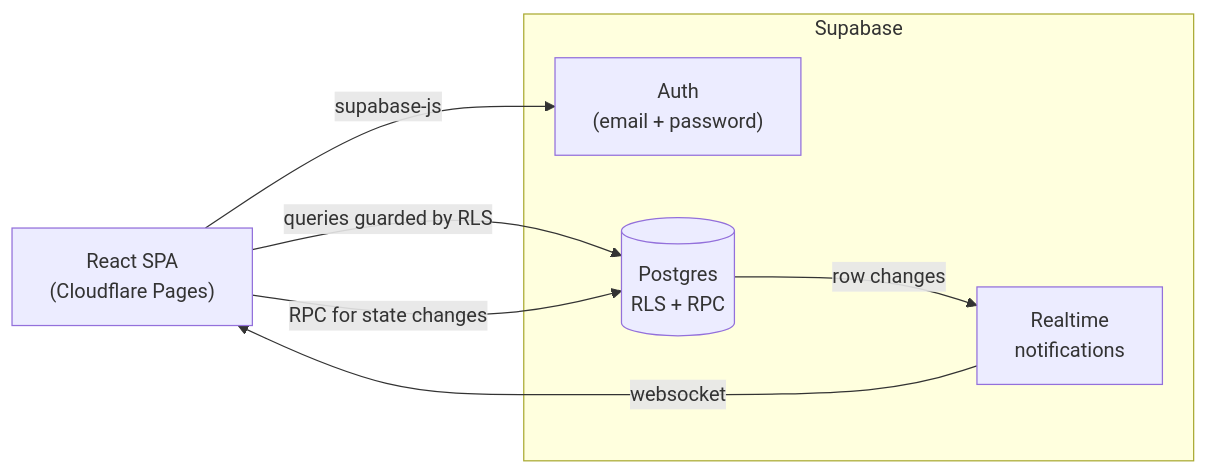
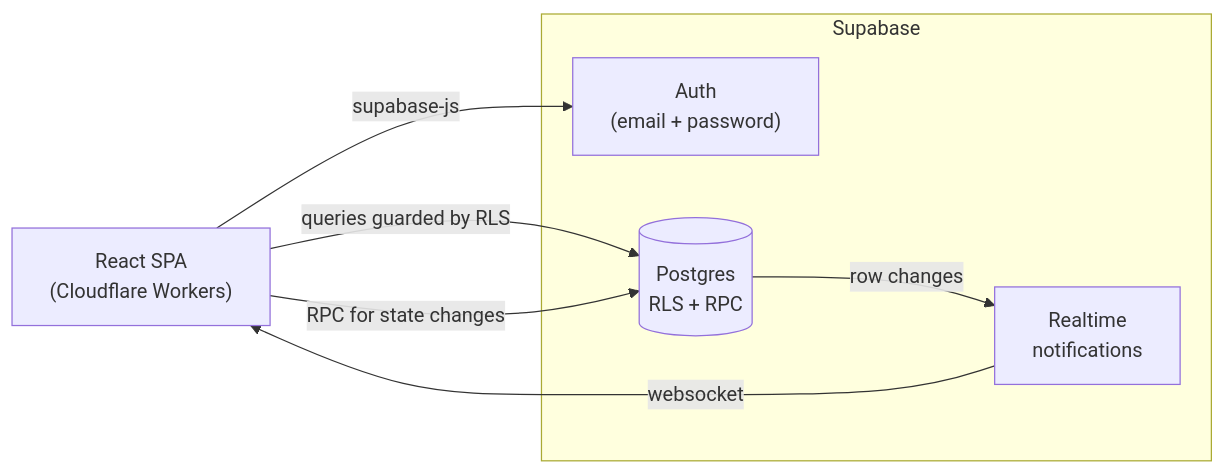
One commit to JacobCromwell/MarketeersClub changed the first of 2 diagrams in README.md. Above: the diagram before and after it, drawn with Mermaid. The commit also changed other lines of this file and 5 other files, not shown here.

````diff
--- a/README.md
+++ b/README.md
@@ -53,14 +53,14 @@
 ```mermaid
 flowchart LR
-    Browser["React SPA<br/>(Cloudflare Pages)"]
+    Browser["React SPA<br/>(Cloudflare Workers)"]
     subgraph Supabase
         Auth["Auth<br/>(email + password)"]
         DB[("Postgres<br/>RLS + RPC")]
         RT["Realtime<br/>notifications"]
     end
     Browser -->|"supabase-js"| Auth
     Browser -->|"queries guarded by RLS"| DB
     Browser -->|"RPC for state changes"| DB
     DB -->|"row changes"| RT
     RT -->|"websocket"| Browser
 ```
````
